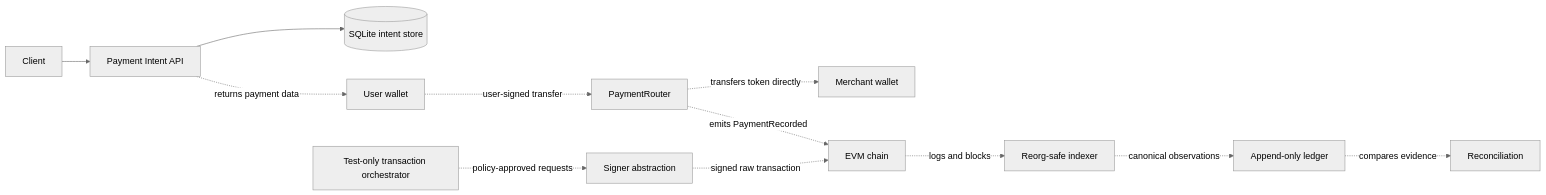
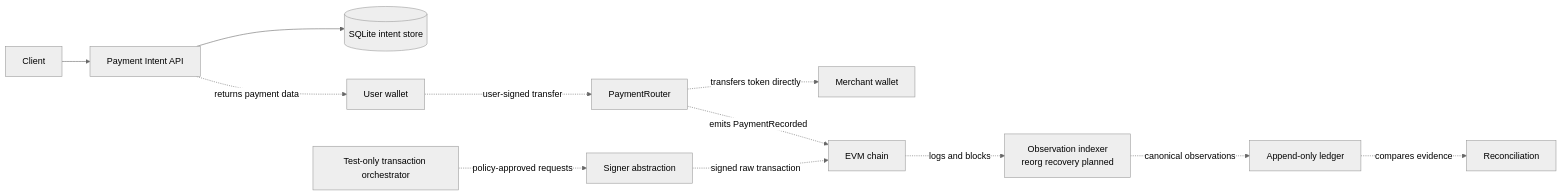
The second of 2 diagrams in docs/architecture.md (xiaocaiisxiaocai/dotnet-evm-payment-sandbox), drawn with Mermaid (neutral theme) before and after one commit. The commit also changed other lines of this file and 36 other files, not shown here.

Commit message:
Add Week 8 chain observation checkpoints

````diff
--- a/docs/architecture.md
+++ b/docs/architecture.md
@@ -124,15 +162,15 @@
 ```mermaid
 flowchart LR
     Client[Client] --> API[Payment Intent API]
     API --> IntentStore[(SQLite intent store)]
     API -. returns payment data .-> Wallet[User wallet]
     Wallet -. user-signed transfer .-> Router[PaymentRouter]
     Router -. transfers token directly .-> Merchant[Merchant wallet]
     Router -. emits PaymentRecorded .-> Chain[EVM chain]
-    Chain -. logs and blocks .-> Indexer[Reorg-safe indexer]
+    Chain -. logs and blocks .-> Indexer[Observation indexer<br/>reorg recovery planned]
     Indexer -. canonical observations .-> Ledger[Append-only ledger]
     Ledger -. compares evidence .-> Reconcile[Reconciliation]
 
     Orchestrator[Test-only transaction orchestrator] -. policy-approved requests .-> Signer[Signer abstraction]
     Signer -. signed raw transaction .-> Chain
 ```
````
